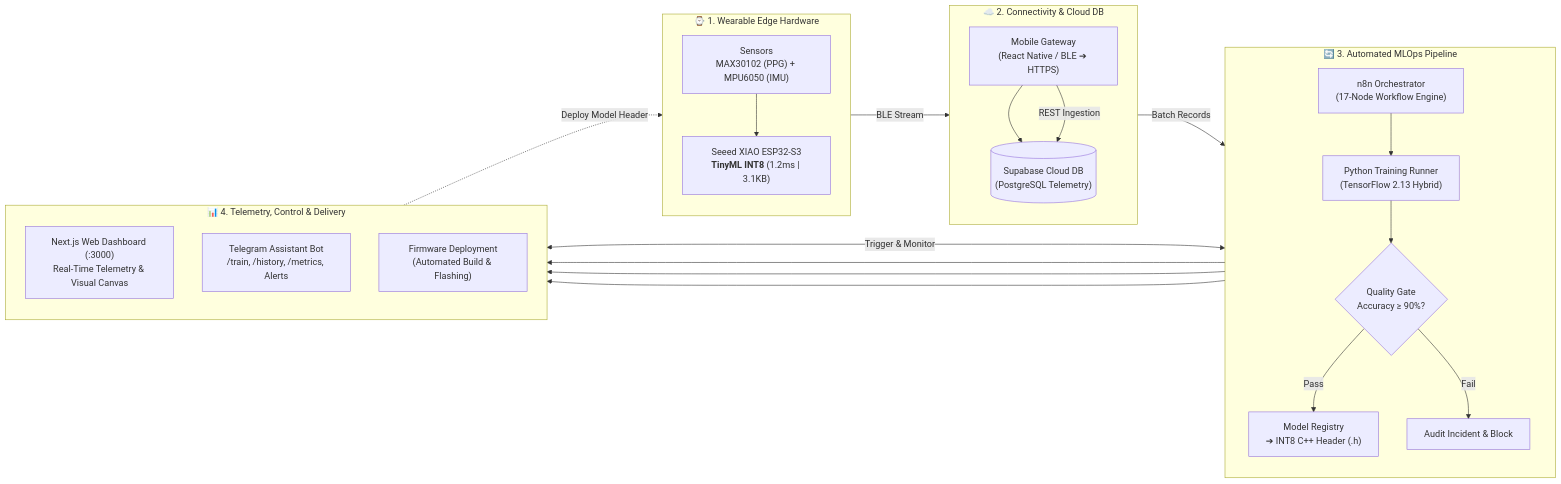
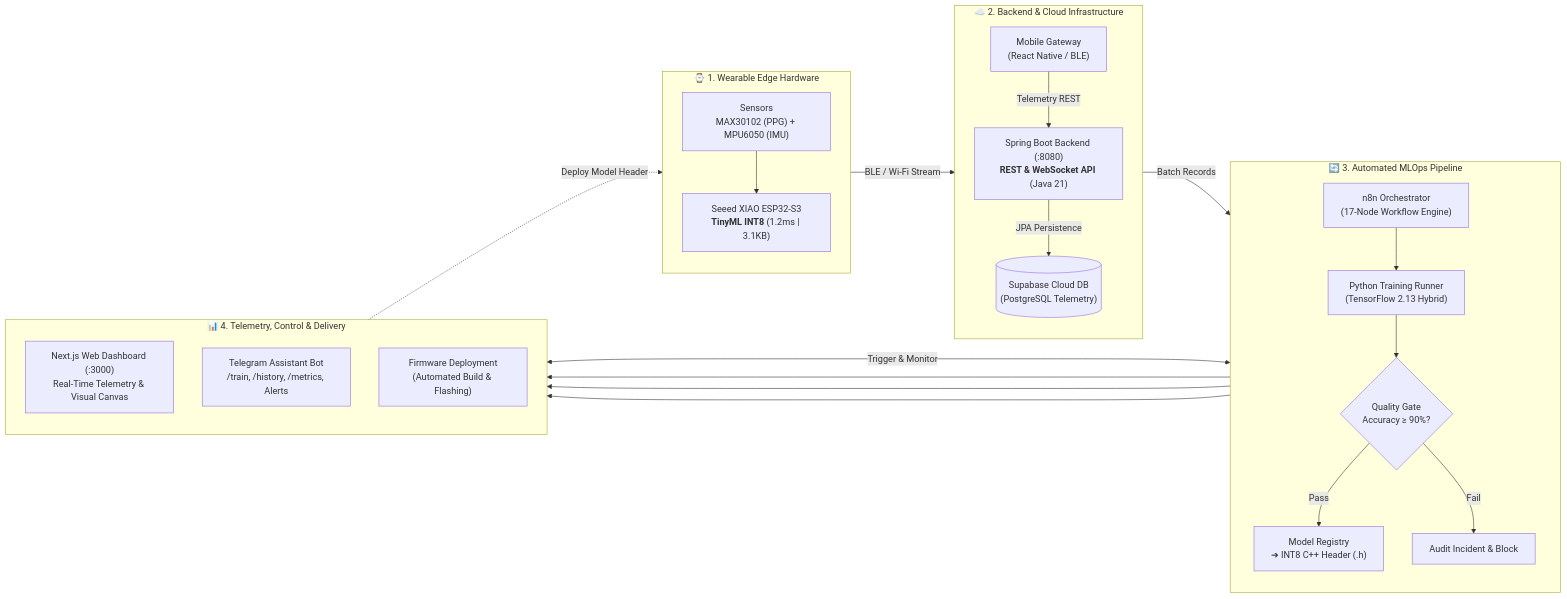
Before and after one commit to aaron-ACY/ProWatch: the diagram in README.md, drawn with Mermaid. The commit also changed other lines of this file, not shown here.

Commit message:
docs(readme): add Spring Boot 3 & Java 21 backend to tech stack, architecture, and directory structure

````diff
--- a/README.md
+++ b/README.md
@@ -24,40 +25,43 @@
 ```mermaid
 flowchart LR
     %% 1. Wearable Edge
     subgraph EDGE["⌚ 1. Wearable Edge Hardware"]
         direction TB
         SENS["Sensors<br/>MAX30102 (PPG) + MPU6050 (IMU)"] --> MCU["Seeed XIAO ESP32-S3<br/><b>TinyML INT8</b> (1.2ms | 3.1KB)"]
     end
 
     %% 2. Ingestion & Cloud
-    subgraph CLOUD["☁️ 2. Connectivity & Cloud DB"]
+    subgraph CLOUD["☁️ 2. Backend & Cloud Infrastructure"]
         direction TB
-        APP["Mobile Gateway<br/>(React Native / BLE ➔ HTTPS)"] --> DB[("Supabase Cloud DB<br/>(PostgreSQL Telemetry)")]
+        APP["Mobile Gateway<br/>(React Native / BLE)"]
+        BOOT["Spring Boot Backend (:8080)<br/><b>REST & WebSocket API</b> (Java 21)"]
+        DB[("Supabase Cloud DB<br/>(PostgreSQL Telemetry)")]
+        APP -->|Telemetry REST| BOOT
+        BOOT -->|JPA Persistence| DB
     end
 
     %% 3. Automated MLOps
     subgraph MLOPS["🔄 3. Automated MLOps Pipeline"]
         direction TB
         N8N["n8n Orchestrator<br/>(17-Node Workflow Engine)"] --> TRAIN["Python Training Runner<br/>(TensorFlow 2.13 Hybrid)"]
         TRAIN --> GATE{"Quality Gate<br/>Accuracy ≥ 90%?"}
         GATE -->|Pass| REG["Model Registry<br/>➔ INT8 C++ Header (.h)"]
         GATE -->|Fail| LOG["Audit Incident & Block"]
     end
 
     %% 4. Control & Telemetry
     subgraph OPS["📊 4. Telemetry, Control & Delivery"]
         direction TB
         WEB["Next.js Web Dashboard (:3000)<br/>Real-Time Telemetry & Visual Canvas"]
         BOT["Telegram Assistant Bot<br/>/train, /history, /metrics, Alerts"]
         OTA["Firmware Deployment<br/>(Automated Build & Flashing)"]
     end
 
     %% Cross-subgraph data & control streams
-    MCU -->|BLE Stream| APP
-    APP -->|REST Ingestion| DB
+    MCU -->|BLE / Wi-Fi Stream| APP
     DB -->|Batch Records| N8N
     N8N <-->|Trigger & Monitor| WEB
     REG --> OTA
     REG & LOG --> BOT
     OTA -.->|Deploy Model Header| MCU
 ```
````
